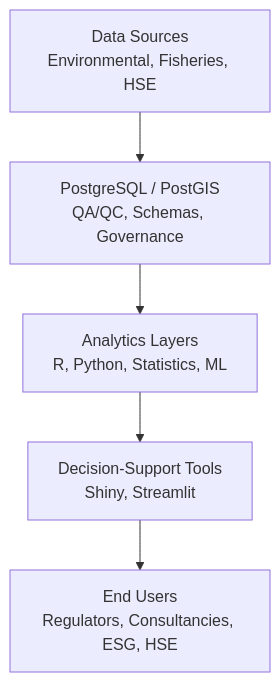
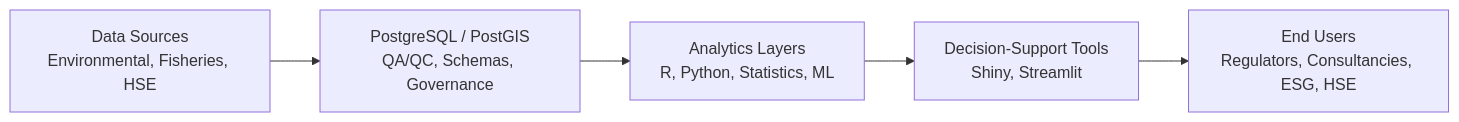
One commit to Euchie23/Euchie23 changed the first of 2 diagrams in README.md. Above: the diagram before and after it, drawn with Mermaid.

Commit message:
Fix mermaid flowchart syntax in README.md

````diff
--- a/README.md
+++ b/README.md
@@ -38,10 +38,10 @@
 ```mermaid
-flowchart TD
+flowchart LR
     A[Data Sources<br/>Environmental, Fisheries, HSE]
     B[PostgreSQL / PostGIS<br/>QA/QC, Schemas, Governance]
     C[Analytics Layers<br/>R, Python, Statistics, ML]
     D[Decision-Support Tools<br/>Shiny, Streamlit]
     E[End Users<br/>Regulators, Consultancies, ESG, HSE]
 
     A --> B --> C --> D --> E
 ```
````
